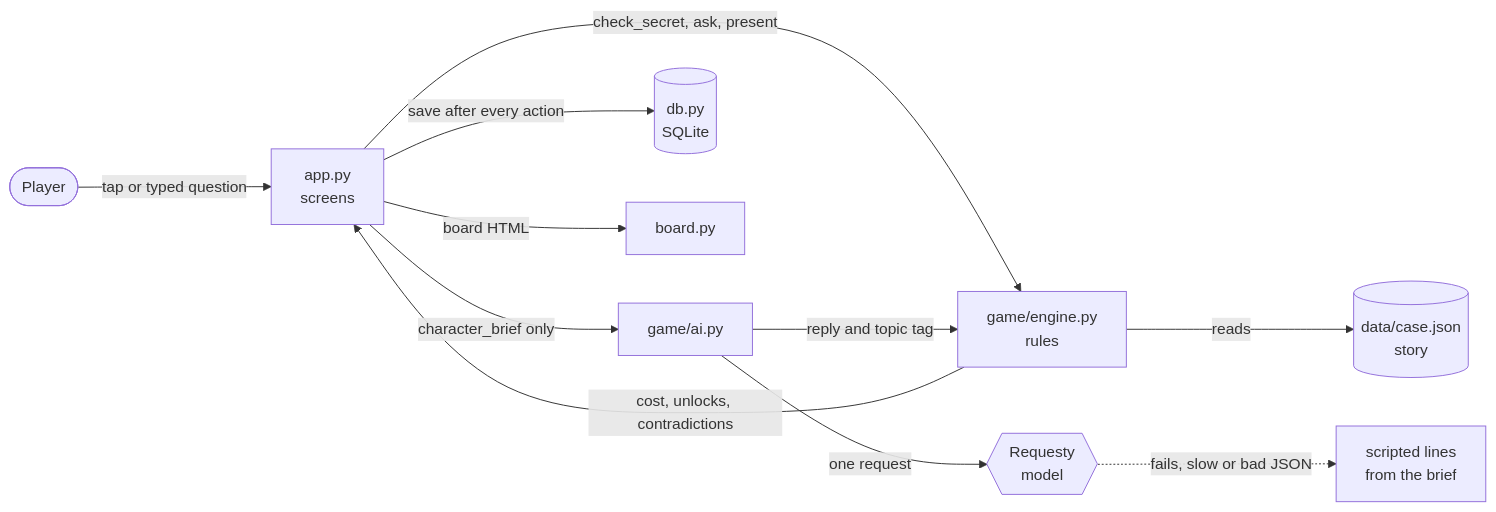
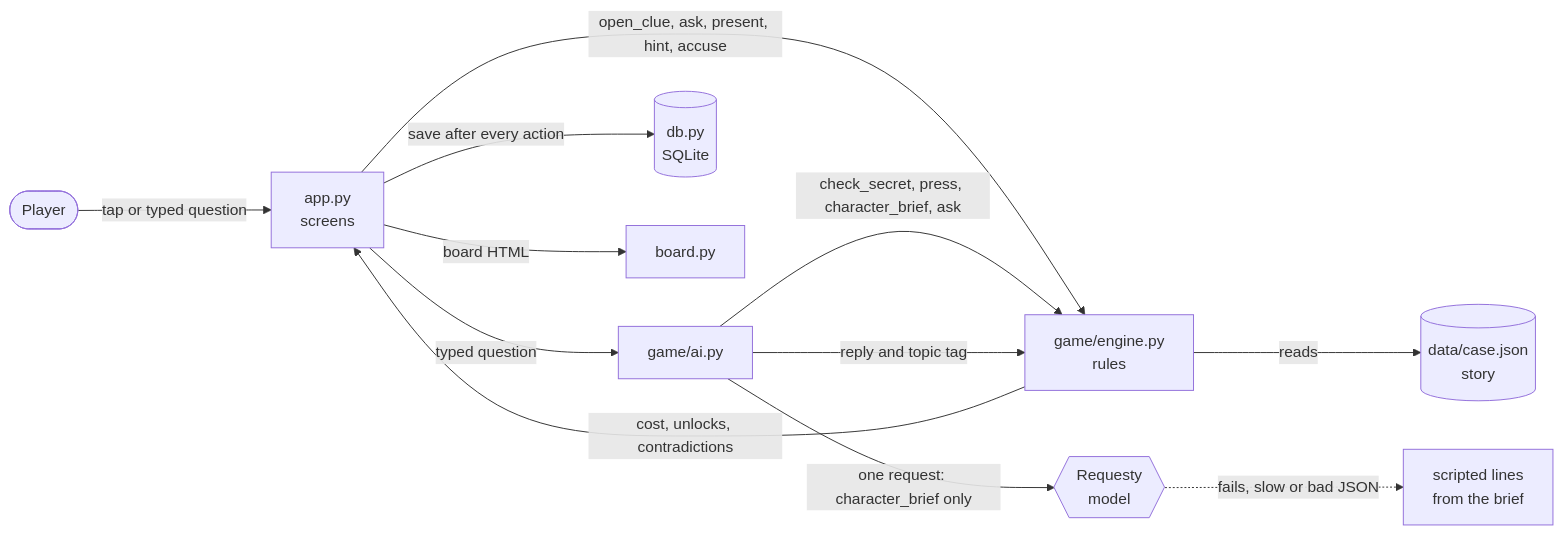
Before and after one commit to martim-srp/Death-of-the-Final-Exam: the diagram in README.md, drawn with Mermaid. The commit also changed other lines of this file, not shown here.

First line of the commit message:
README: accurate diagram, hard mode and history wording, who built what (#139)

````diff
--- a/README.md
+++ b/README.md
@@ -122,13 +122,14 @@
 ```mermaid
 flowchart LR
     P([Player]) -->|tap or typed question| A[app.py<br/>screens]
-    A -->|check_secret, ask, present| E[game/engine.py<br/>rules]
+    A -->|open_clue, ask, present, hint, accuse| E[game/engine.py<br/>rules]
     E -->|reads| C[(data/case.json<br/>story)]
-    A -->|character_brief only| AI[game/ai.py]
-    AI -->|one request| R{{Requesty<br/>model}}
+    A -->|typed question| AI[game/ai.py]
+    AI -->|check_secret, press, character_brief, ask| E
+    AI -->|one request: character_brief only| R{{Requesty<br/>model}}
     R -.->|fails, slow or bad JSON| F[scripted lines<br/>from the brief]
     AI -->|reply and topic tag| E
     E -->|cost, unlocks, contradictions| A
     A -->|save after every action| D[(db.py<br/>SQLite)]
     A -->|board HTML| B[board.py]
 ```
````
